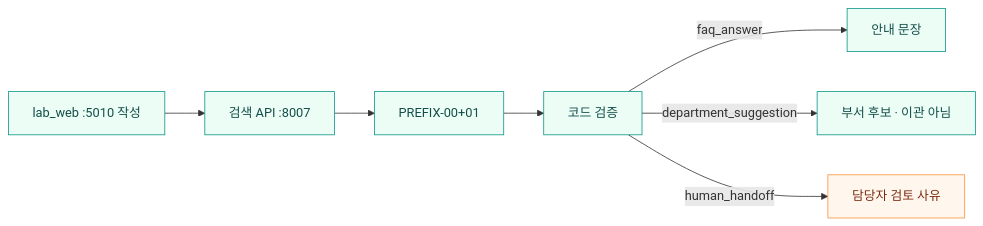
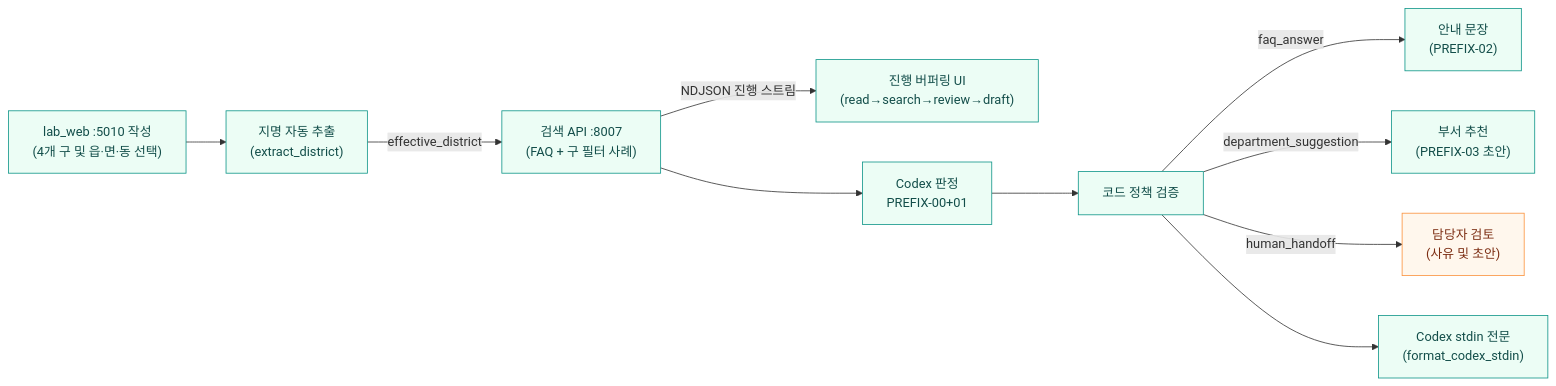
Before and after one commit to hy040504/ai-complaint-process: the first of 3 diagrams in README.md, drawn with Mermaid. The commit also changed other lines of this file and 9 other files, not shown here.

````diff
--- a/README.md
+++ b/README.md
@@ -98,13 +98,16 @@
 ```mermaid
 flowchart LR
-    W[lab_web :5010 작성] --> S[검색 API :8007]
-    S --> C[PREFIX-00+01]
-    C --> V[코드 검증]
-    V -->|faq_answer| F[안내 문장]
-    V -->|department_suggestion| D[부서 후보 · 이관 아님]
-    V -->|human_handoff| H[담당자 검토 사유]
+    W["lab_web :5010 작성<br/>(4개 구 및 읍·면·동 선택)"] --> D["지명 자동 추출<br/>(extract_district)"]
+    D -->|"effective_district"| S["검색 API :8007<br/>(FAQ + 구 필터 사례)"]
+    S -->|"NDJSON 진행 스트림"| P["진행 버퍼링 UI<br/>(read→search→review→draft)"]
+    S --> C["Codex 판정<br/>PREFIX-00+01"]
+    C --> V["코드 정책 검증"]
+    V -->|faq_answer| F["안내 문장<br/>(PREFIX-02)"]
+    V -->|department_suggestion| B["부서 추천<br/>(PREFIX-03 초안)"]
+    V -->|human_handoff| H["담당자 검토<br/>(사유 및 초안)"]
+    V --> O["Codex stdin 전문<br/>(format_codex_stdin)"]
     classDef ready fill:#ecfdf5,stroke:#0d9488,color:#134e4a
     classDef human fill:#fff7ed,stroke:#fb923c,color:#7c2d12
-    class W,S,C,V,F,D ready
+    class W,D,S,P,C,V,F,B,O ready
     class H human
 ```
````
